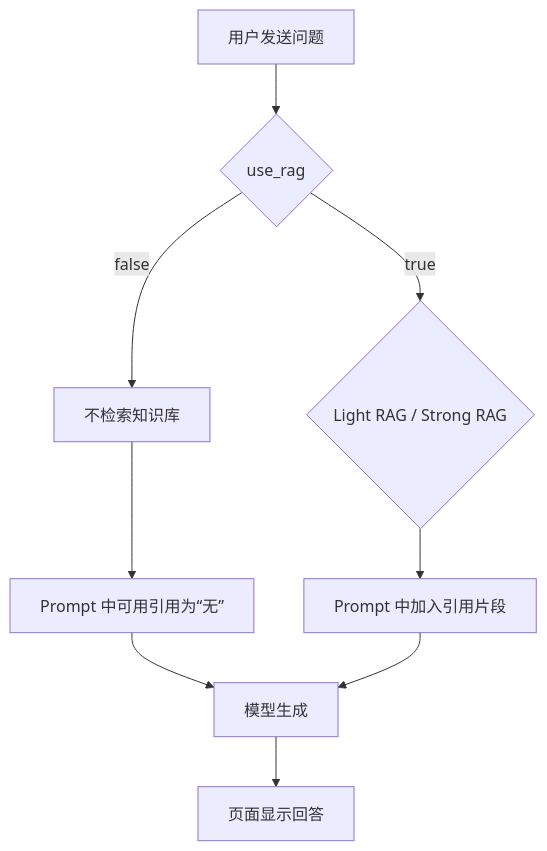
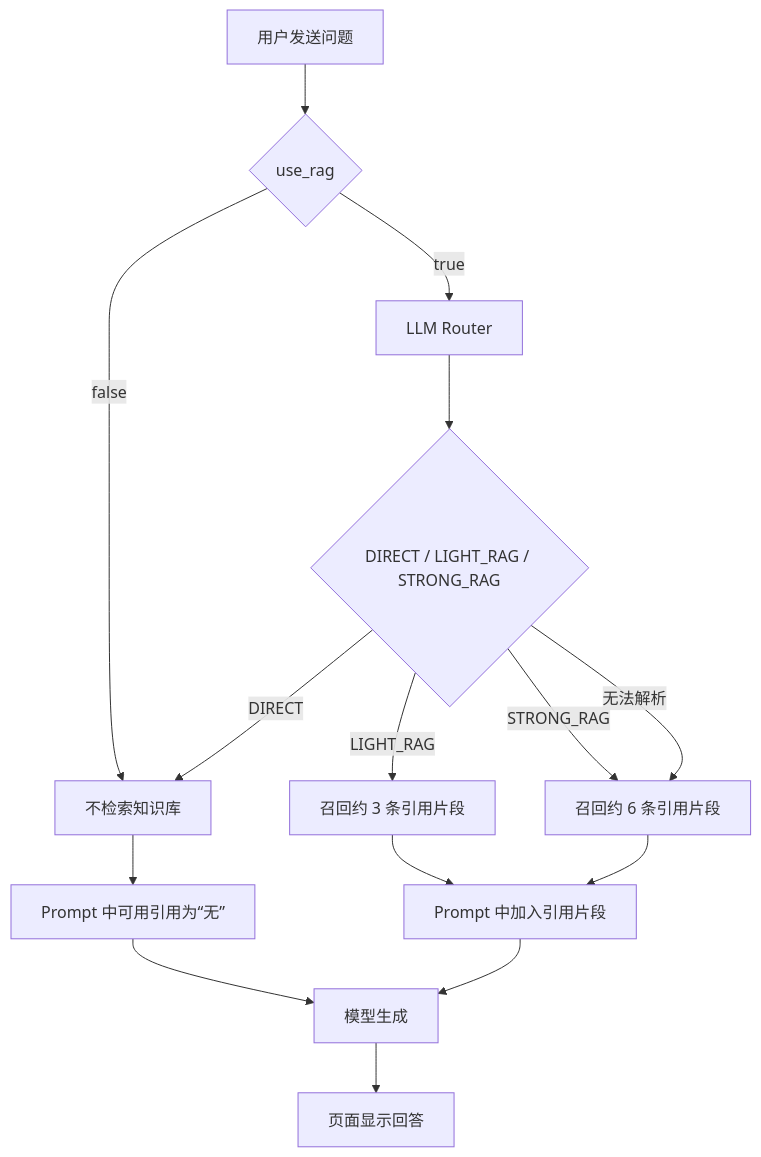
The fifth of 6 diagrams in docs-site/docs/zh/rag-architecture.md (billzi2016/chinapost-internship), drawn with Mermaid before and after one commit. The commit also changed other lines of this file and 5 other files, not shown here.

````diff
--- a/docs-site/docs/zh/rag-architecture.md
+++ b/docs-site/docs/zh/rag-architecture.md
@@ -160,11 +160,17 @@
 ```mermaid
 flowchart TD
     A[用户发送问题] --> B{use_rag}
     B -- false --> C[不检索知识库]
     C --> D[Prompt 中可用引用为“无”]
-    B -- true --> E{Light RAG / Strong RAG}
-    E --> F[Prompt 中加入引用片段]
-    D --> G[模型生成]
-    F --> G
-    G --> H[页面显示回答]
+    B -- true --> E[LLM Router]
+    E --> F{DIRECT / LIGHT_RAG / STRONG_RAG}
+    F -- DIRECT --> C
+    F -- LIGHT_RAG --> G[召回约 3 条引用片段]
+    F -- STRONG_RAG --> H[召回约 6 条引用片段]
+    F -- 无法解析 --> H
+    G --> I[Prompt 中加入引用片段]
+    H --> I
+    D --> M[模型生成]
+    I --> M
+    M --> J[页面显示回答]
 ```
````
